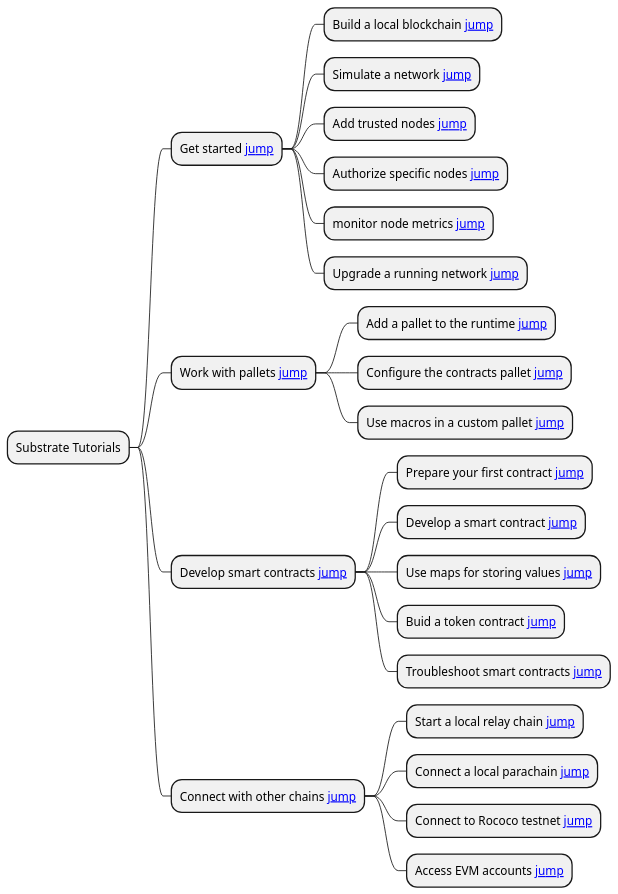
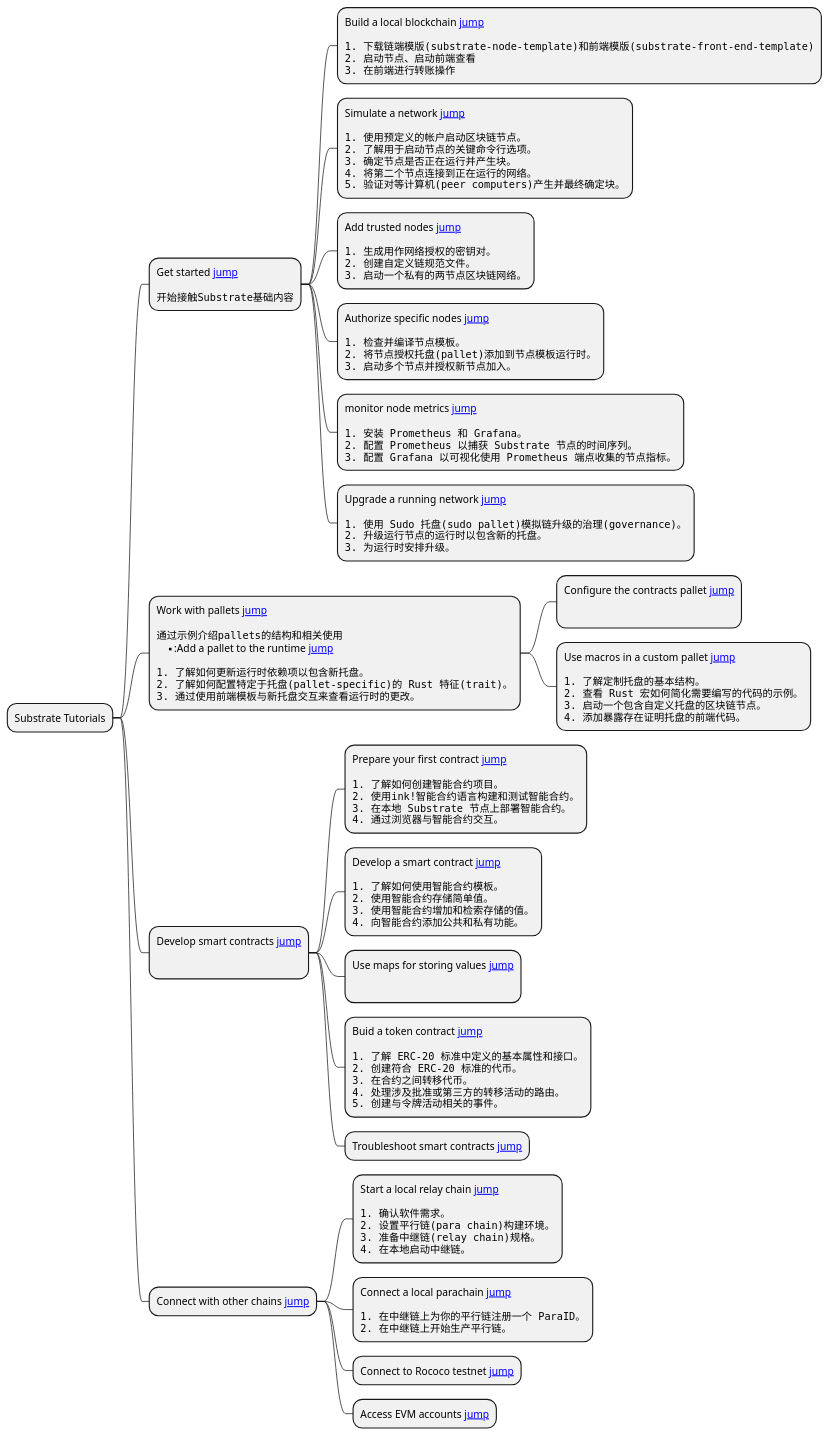
Before and after one commit to KuanHsiaoKuo/programming_anatomy_in_rust: the diagram in materials/plantumls/substrate_tutorials/substrate_tutorials.puml, drawn with PlantUML. The commit also changed 2 other files, not shown here.

Commit message:
substrate_tutorials.puml添加每个教程的目标内容

```diff
--- a/materials/plantumls/substrate_tutorials/substrate_tutorials.puml
+++ b/materials/plantumls/substrate_tutorials/substrate_tutorials.puml
@@ -1,26 +1,131 @@
 @startmindmap
-scale 850 width
+'scale 850 width
 * Substrate Tutorials
-** Get started [[#get-started jump]]
-*** Build a local blockchain [[#build-a-local-blockchain jump]]
-*** Simulate a network [[#simulate-a-network jump]]
-*** Add trusted nodes [[#add-trusted-nodes jump]]
-*** Authorize specific nodes [[#authorize-specific-nodes jump]]
-*** monitor node metrics [[#monitor-node-metrics jump]]
-*** Upgrade a running network [[#upgrade-a-running-network jump]]
-** Work with pallets [[#work-with-pallets jump]]
-*** Add a pallet to the runtime [[#add-a-pallet-to-the-runtime jump]]
-*** Configure the contracts pallet [[#configure-the-contracts-pallet jump]]
-*** Use macros in a custom pallet [[#use-macros-in-a-custom-pallet jump]]
-** Develop smart contracts [[#develop-smart-contracts jump]]
-*** Prepare your first contract [[#prepare-your-first-contract jump]]
-*** Develop a smart contract [[#develop-a-smart-contract jump]]
-*** Use maps for storing values [[#use-maps-for-storing-values jump]]
-*** Buid a token contract [[#build-a-token-contract jump]]
+**:Get started [[#get-started jump]]
+<code>
+
+开始接触Substrate基础内容
+</code>;
+***:Build a local blockchain [[#build-a-local-blockchain jump]]
+<code>
+
+1. 下载链端模版(substrate-node-template)和前端模版(substrate-front-end-template)
+2. 启动节点、启动前端查看
+3. 在前端进行转账操作
+</code>;
+***:Simulate a network [[#simulate-a-network jump]]
+<code>
+
+1. 使用预定义的帐户启动区块链节点。
+2. 了解用于启动节点的关键命令行选项。
+3. 确定节点是否正在运行并产生块。
+4. 将第二个节点连接到正在运行的网络。
+5. 验证对等计算机(peer computers)产生并最终确定块。
+</code>;
+***:Add trusted nodes [[#add-trusted-nodes jump]]
+<code>
+
+1. 生成用作网络授权的密钥对。
+2. 创建自定义链规范文件。
+3. 启动一个私有的两节点区块链网络。
+</code>;
+***:Authorize specific nodes [[#authorize-specific-nodes jump]]
+<code>
+
+1. 检查并编译节点模板。
+2. 将节点授权托盘(pallet)添加到节点模板运行时。
+3. 启动多个节点并授权新节点加入。
+</code>;
+***:monitor node metrics [[#monitor-node-metrics jump]]
+<code>
+
+1. 安装 Prometheus 和 Grafana。
+2. 配置 Prometheus 以捕获 Substrate 节点的时间序列。
+3. 配置 Grafana 以可视化使用 Prometheus 端点收集的节点指标。
+</code>;
+***:Upgrade a running network [[#upgrade-a-running-network jump]]
+<code>
+
+1. 使用 Sudo 托盘(sudo pallet)模拟链升级的治理(governance)。
+2. 升级运行节点的运行时以包含新的托盘。
+3. 为运行时安排升级。
+</code>;
+**:Work with pallets [[#work-with-pallets jump]]
+<code>
+
+通过示例介绍pallets的结构和相关使用
+</code>
+***:Add a pallet to the runtime [[#add-a-pallet-to-the-runtime jump]]
+<code>
+
+1. 了解如何更新运行时依赖项以包含新托盘。
+2. 了解如何配置特定于托盘(pallet-specific)的 Rust 特征(trait)。
+3. 通过使用前端模板与新托盘交互来查看运行时的更改。
+</code>;
+***:Configure the contracts pallet [[#configure-the-contracts-pallet jump]]
+<code>
+
+
+</code>;
+***:Use macros in a custom pallet [[#use-macros-in-a-custom-pallet jump]]
+<code>
+
+1. 了解定制托盘的基本结构。
+2. 查看 Rust 宏如何简化需要编写的代码的示例。
+3. 启动一个包含自定义托盘的区块链节点。
+4. 添加暴露存在证明托盘的前端代码。
+</code>;
+**:Develop smart contracts [[#develop-smart-contracts jump]]
+<code>
+
+
+</code>;
+***:Prepare your first contract [[#prepare-your-first-contract jump]]
+<code>
+
+1. 了解如何创建智能合约项目。
+2. 使用ink!智能合约语言构建和测试智能合约。
+3. 在本地 Substrate 节点上部署智能合约。
+4. 通过浏览器与智能合约交互。
+</code>;
+***:Develop a smart contract [[#develop-a-smart-contract jump]]
+<code>
+
+1. 了解如何使用智能合约模板。
+2. 使用智能合约存储简单值。
+3. 使用智能合约增加和检索存储的值。
+4. 向智能合约添加公共和私有功能。
+</code>;
+***:Use maps for storing values [[#use-maps-for-storing-values jump]]
+<code>
+
+
+</code>;
+***:Buid a token contract [[#build-a-token-contract jump]]
+<code>
+
+1. 了解 ERC-20 标准中定义的基本属性和接口。
+2. 创建符合 ERC-20 标准的代币。
+3. 在合约之间转移代币。
+4. 处理涉及批准或第三方的转移活动的路由。
+5. 创建与令牌活动相关的事件。
+</code>;
 *** Troubleshoot smart contracts [[#troubleshoot-smart-contracts jump]]
 ** Connect with other chains [[#connect-with-other-chains jump]]
-*** Start a local relay chain [[#start-a-local-relay-chain jump]]
-*** Connect a local parachain [[#connect-a-local-parachain jump]]
+***:Start a local relay chain [[#start-a-local-relay-chain jump]]
+<code>
+
+1. 确认软件需求。
+2. 设置平行链(para chain)构建环境。
+3. 准备中继链(relay chain)规格。
+4. 在本地启动中继链。
+</code>;
+***:Connect a local parachain [[#connect-a-local-parachain jump]]
+<code>
+
+1. 在中继链上为你的平行链注册一个 ParaID。
+2. 在中继链上开始生产平行链。
+</code>;
 *** Connect to Rococo testnet [[#connect-to-rococo-testnet jump]]
 *** Access EVM accounts [[#access-evm-accounts jump]]
 @endmindmap
```
